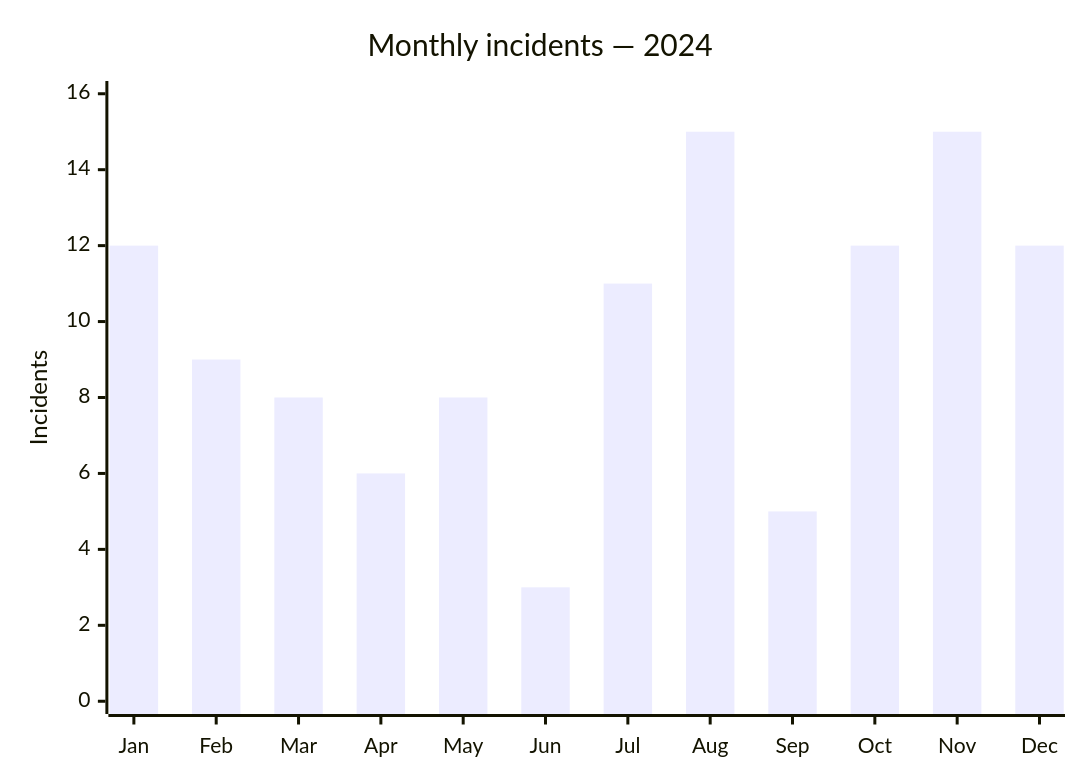
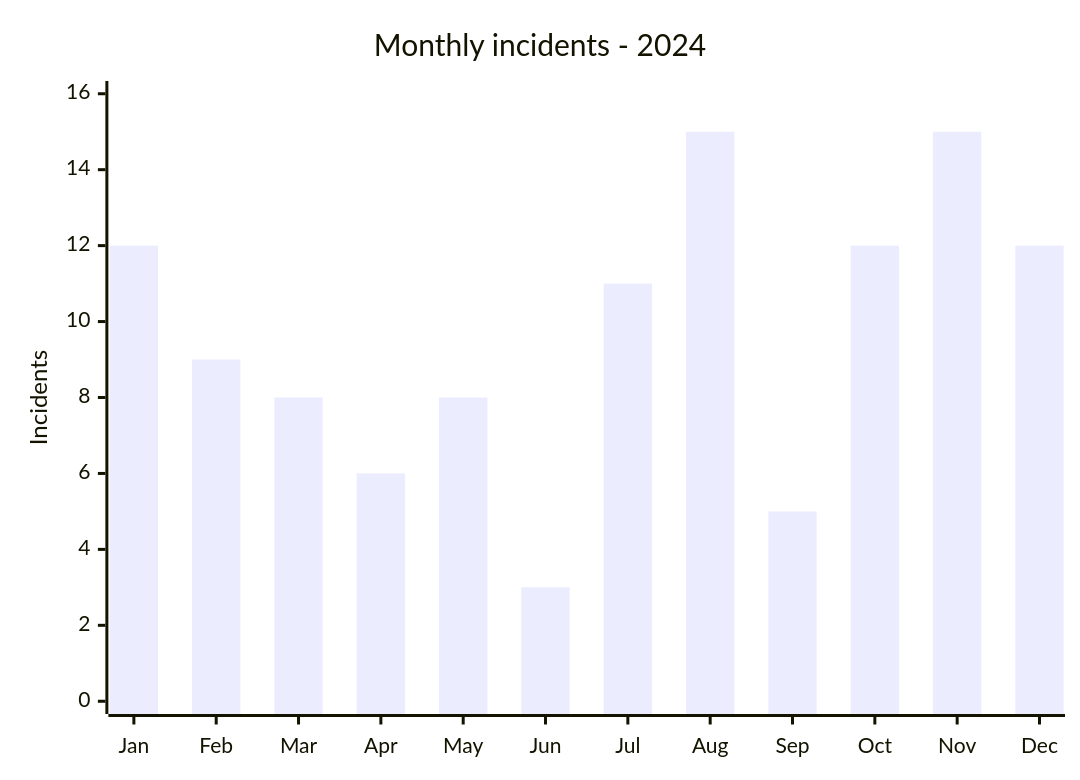
The first of 3 diagrams in CyberAttackAfrica/2024/README.md (Hatchepsoute/AFRINTEL), drawn with Mermaid before and after one commit. The commit also changed other lines of this file and 182 other files, not shown here.

````diff
--- a/CyberAttackAfrica/2024/README.md
+++ b/CyberAttackAfrica/2024/README.md
@@ -58,7 +58,7 @@
 ```mermaid
 xychart
-    title "Monthly incidents — 2024"
+    title "Monthly incidents - 2024"
     x-axis ["Jan","Feb","Mar","Apr","May","Jun","Jul","Aug","Sep","Oct","Nov","Dec"]
     y-axis "Incidents" 0 --> 16
     bar [12,9,8,6,8,3,11,15,5,12,15,12]
 ```
````
